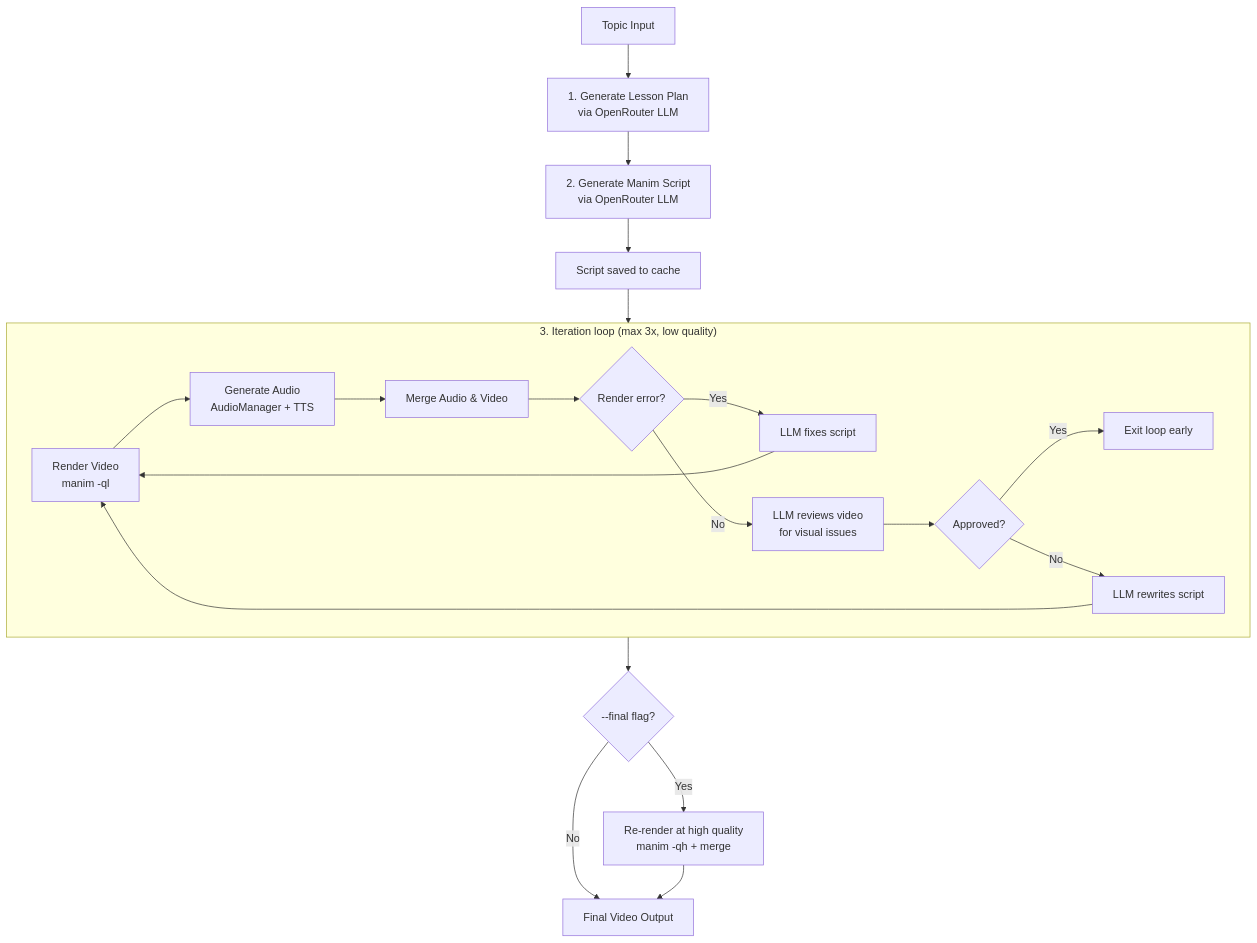
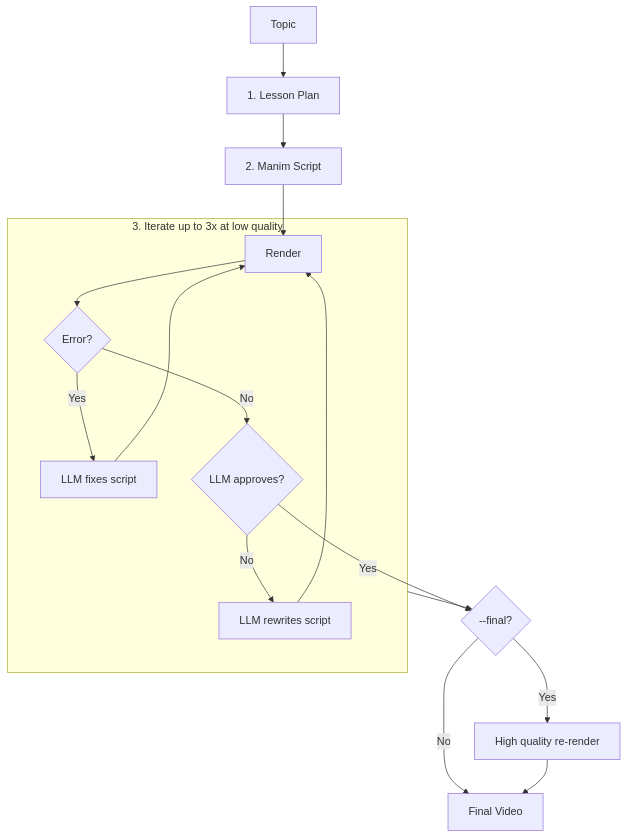
One commit to pizzaburgare/grasp changed the diagram in README.md. Above: the diagram before and after it, drawn with Mermaid. The commit also changed other lines of this file and 4 other files, not shown here.

````diff
--- a/README.md
+++ b/README.md
@@ -91,25 +92,21 @@
 ```mermaid
 flowchart TD
-    A[Topic Input] --> B["1. Generate Lesson Plan<br/>via OpenRouter LLM"]
-    B --> C["2. Generate Manim Script<br/>via OpenRouter LLM"]
-    C --> D[Script saved to cache]
-    D --> LOOP
+    A[Topic] --> B[1. Lesson Plan]
+    B --> C[2. Manim Script]
+    C --> R
 
-    subgraph LOOP["3. Iteration loop (max 3x, low quality)"]
-        R["Render Video<br/>manim -ql"] --> AU["Generate Audio<br/>AudioManager + TTS"]
-        AU --> M[Merge Audio &amp; Video]
-        M --> ERR{Render error?}
-        ERR -- Yes --> FIX[LLM fixes script]
-        FIX --> R
-        ERR -- No --> REV["LLM reviews video<br/>for visual issues"]
-        REV --> OK{Approved?}
-        OK -- Yes --> DONE_LOOP[Exit loop early]
-        OK -- No --> UPD[LLM rewrites script]
-        UPD --> R
+    subgraph LOOP["3. Iterate up to 3x at low quality"]
+        R[Render] --> ERR{Error?}
+        ERR -- Yes --> FIX[LLM fixes script] --> R
+        ERR -- No --> REV{LLM approves?}
+        REV -- No --> UPD[LLM rewrites script] --> R
     end
 
-    LOOP --> FINAL{"--final flag?"}
-    FINAL -- Yes --> HQ["Re-render at high quality<br/>manim -qh + merge"]
-    FINAL -- No --> OUT[Final Video Output]
-    HQ --> OUT
+    REV -- Yes --> OUT
+    LOOP --> OUT
+
+    OUT{--final?}
+    OUT -- Yes --> HQ[High quality re-render]
+    OUT -- No --> V[Final Video]
+    HQ --> V
 ```
````
